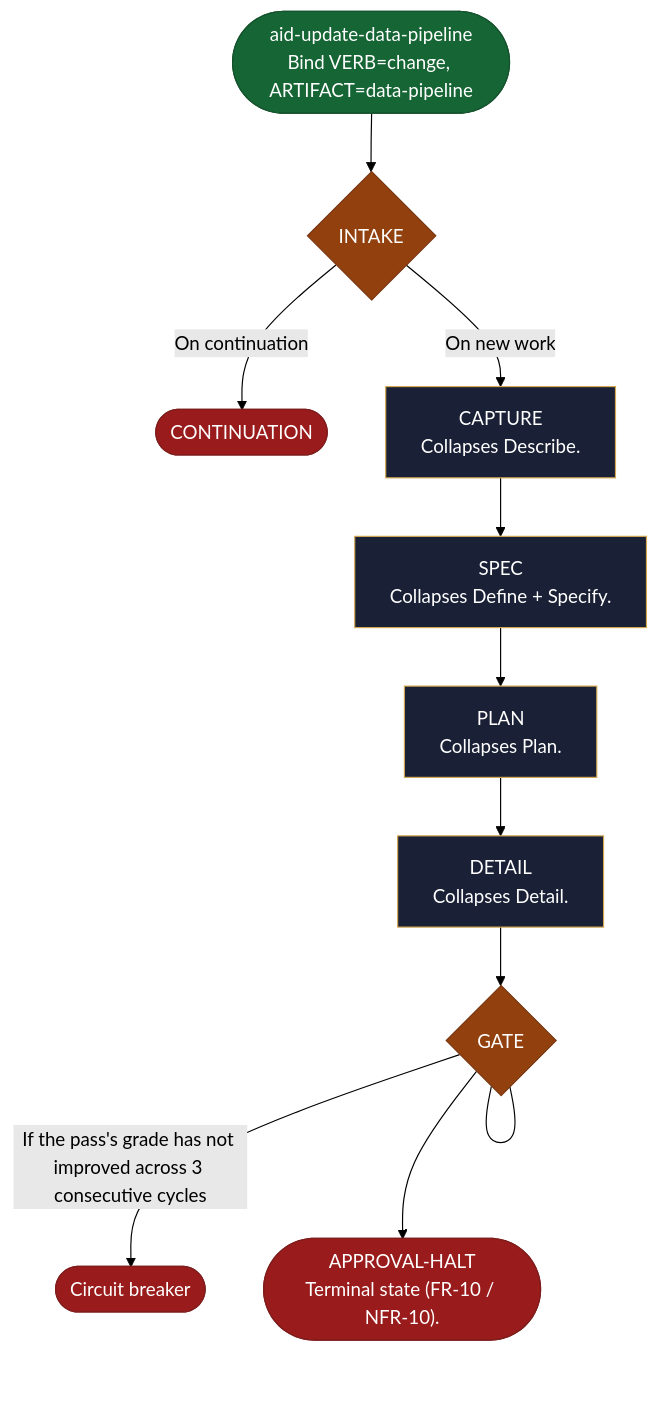
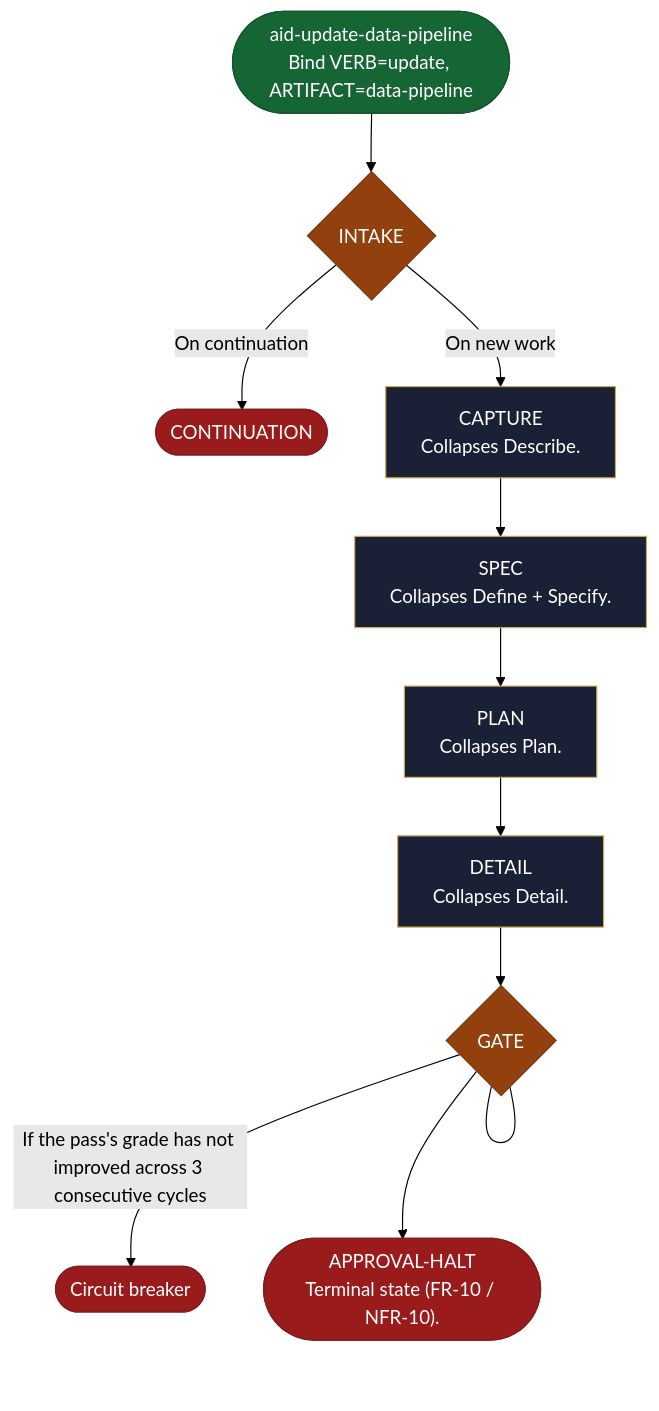
Before and after one commit to AndreVianna/aid-methodology: the diagram in site/src/content/docs/skills/aid-update-data-pipeline.md, drawn with Mermaid (forest theme). The commit also changed other lines of this file and 99 other files, not shown here.

````diff
--- a/site/src/content/docs/skills/aid-update-data-pipeline.md
+++ b/site/src/content/docs/skills/aid-update-data-pipeline.md
@@ -20,49 +20,49 @@
 ```mermaid
 flowchart TB
   classDef aidNode color:#fff
   classDef aidEntry fill:#166534,stroke:#14532d,color:#fff
   classDef aidExit fill:#991b1b,stroke:#7f1d1d,color:#fff
   classDef aidDecision fill:#92400e,stroke:#78350f,color:#fff
   classDef aidLoopBack fill:#1e3a8a,stroke:#1e3a8a,color:#fff
   classDef aidStep fill:#1a2035,stroke:#d4a853,color:#f1f5f9
-  n1(["aid-update-data-pipeline<br/>Bind VERB=change, ARTIFACT=data-pipeline"])
+  n1(["aid-update-data-pipeline<br/>Bind VERB=update, ARTIFACT=data-pipeline"])
   n2{"INTAKE"}
   n3(["CONTINUATION"])
   n4["CAPTURE<br/>Collapses Describe."]
   n5["SPEC<br/>Collapses Define + Specify."]
   n6["PLAN<br/>Collapses Plan."]
   n7["DETAIL<br/>Collapses Detail."]
   n8{"GATE"}
   n9(["Circuit breaker"])
   n10(["APPROVAL-HALT<br/>Terminal state (FR-10 / NFR-10)."])
   n1 --> n2
   n2 -->|"On continuation"| n3
   n2 -->|"On new work"| n4
   n4 --> n5
   n5 --> n6
   n6 --> n7
   n7 --> n8
   n8 --- n8
   n8 -->|"If the pass's grade has not improved across 3 consecutive cycles"| n9
   n8 --> n10
   class n1 aidEntry
   class n2 aidDecision
   class n3 aidExit
   class n4 aidStep
   class n5 aidStep
   class n6 aidStep
   class n7 aidStep
   class n8 aidDecision
   class n9 aidExit
   class n10 aidExit
   class n1 aidNode
   class n2 aidNode
   class n3 aidNode
   class n4 aidNode
   class n5 aidNode
   class n6 aidNode
   class n7 aidNode
   class n8 aidNode
   class n9 aidNode
   class n10 aidNode
 ```
````
